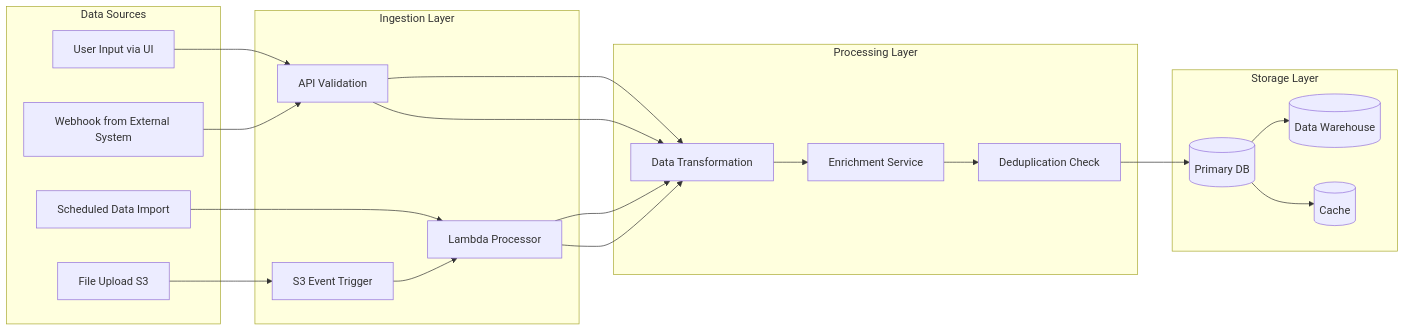
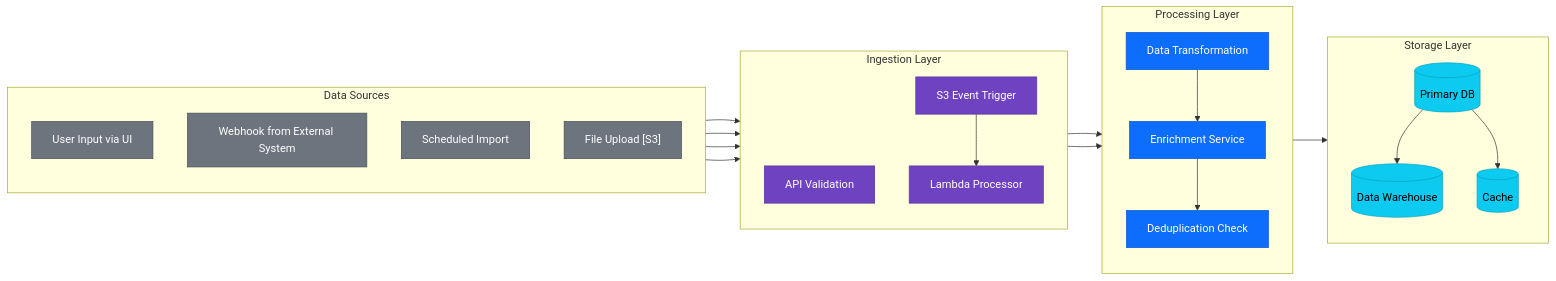
The sixth of 10 diagrams in .github/agents/flow-diagram-generator.md (Prankur27/architecture-code-agent), drawn with Mermaid before and after one commit. The commit also changed other lines of this file and 1 other file, not shown here.

````diff
--- a/.github/agents/flow-diagram-generator.md
+++ b/.github/agents/flow-diagram-generator.md
@@ -211,35 +308,49 @@
 ```mermaid
 flowchart LR
-    subgraph "Data Sources"
-        A[User Input via UI]
-        B[Webhook from External System]
-        C[Scheduled Data Import]
-        D[File Upload S3]
+    subgraph SOURCES["Data Sources"]
+        direction TB
+        UI["User Input via UI"]
+        WH["Webhook from External System"]
+        SCHED["Scheduled Import"]
+        S3UP["File Upload  [S3]"]
     end
 
-    subgraph "Ingestion Layer"
-        E[API Validation]
-        F[S3 Event Trigger]
-        G[Lambda Processor]
+    subgraph INGEST["Ingestion Layer"]
+        direction TB
+        APIVAL["API Validation"]
+        S3EV["S3 Event Trigger"]
+        LAMBDA["Lambda Processor"]
     end
 
-    subgraph "Processing Layer"
-        H[Data Transformation]
-        I[Enrichment Service]
-        J[Deduplication Check]
+    subgraph PROCESS["Processing Layer"]
+        direction TB
+        XFORM["Data Transformation"]
+        ENRICH["Enrichment Service"]
+        DEDUP["Deduplication Check"]
     end
 
-    subgraph "Storage Layer"
-        K[(Primary DB)]
-        L[(Data Warehouse)]
-        M[(Cache)]
+    subgraph STORAGE["Storage Layer"]
+        direction TB
+        PDB[("Primary DB")]
+        DW[("Data Warehouse")]
+        CACHE[("Cache")]
     end
 
-    A --> E --> H
-    B --> E --> H
-    C --> G --> H
-    D --> F --> G --> H
-    H --> I --> J --> K
-    K --> L
-    K --> M
+    UI --> APIVAL --> XFORM
+    WH --> APIVAL
+    SCHED --> LAMBDA --> XFORM
+    S3UP --> S3EV --> LAMBDA
+    XFORM --> ENRICH --> DEDUP --> PDB
+    PDB --> DW
+    PDB --> CACHE
+
+    classDef srcStyle    fill:#6c757d,color:#fff,stroke:#495057
+    classDef ingestStyle fill:#6f42c1,color:#fff,stroke:#59359a
+    classDef procStyle   fill:#0d6efd,color:#fff,stroke:#0a58ca
+    classDef storeStyle  fill:#0dcaf0,color:#000,stroke:#0aa2c0
+
+    class UI,WH,SCHED,S3UP srcStyle
+    class APIVAL,S3EV,LAMBDA ingestStyle
+    class XFORM,ENRICH,DEDUP procStyle
+    class PDB,DW,CACHE storeStyle
 ```
````
